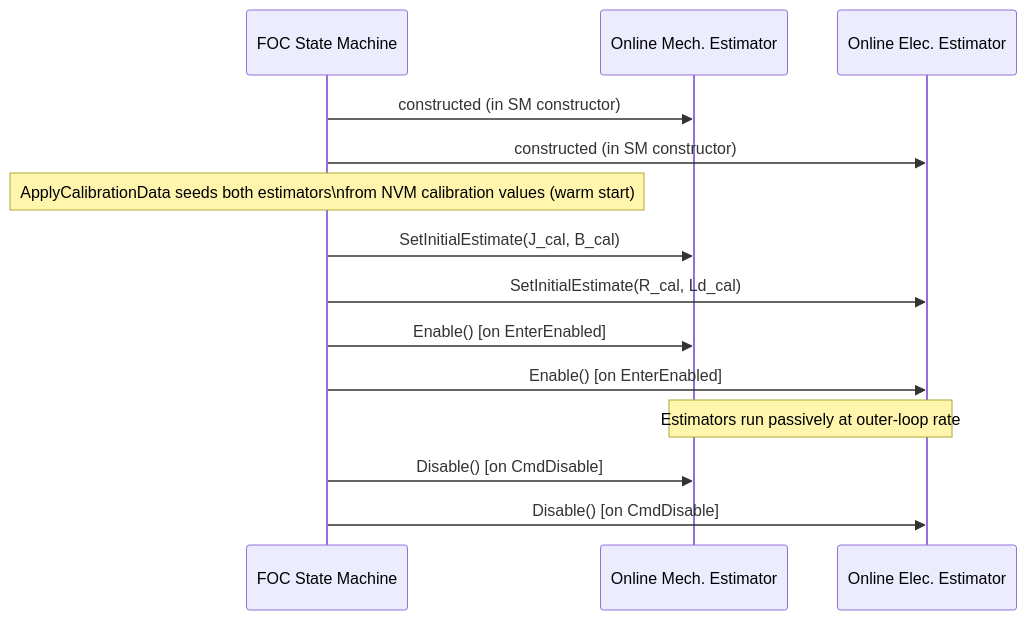
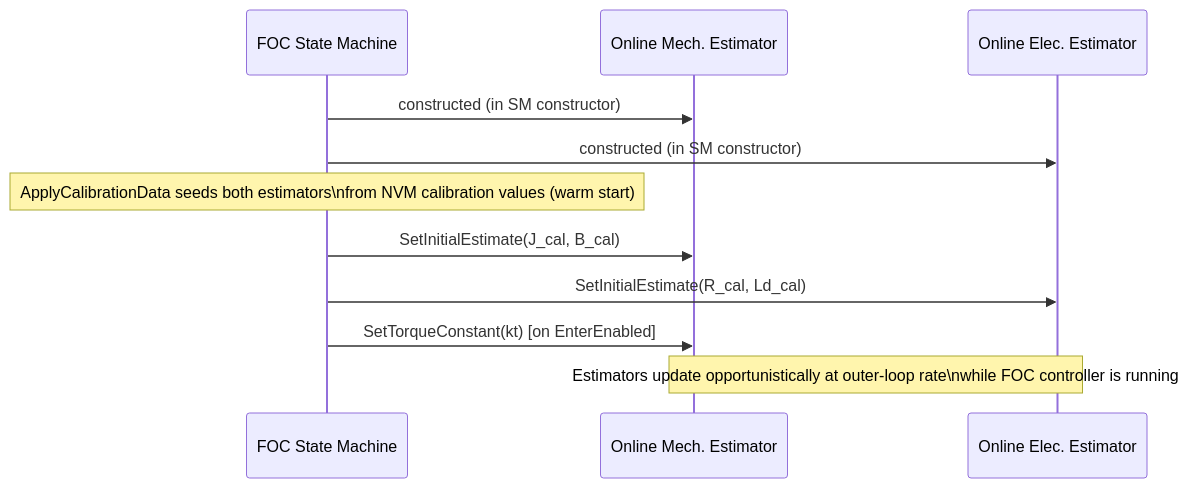
One commit to embedded-pro/e-foc changed the third of 3 diagrams in documentation/design/state-machine.md. Above: the diagram before and after it, drawn with Mermaid. The commit also changed other lines of this file and 9 other files, not shown here.

````diff
--- a/documentation/design/state-machine.md
+++ b/documentation/design/state-machine.md
@@ -160,19 +160,15 @@
 ```mermaid
 sequenceDiagram
     participant SM as FOC State Machine
     participant ME as Online Mech. Estimator
     participant EE as Online Elec. Estimator
 
     SM->>ME: constructed (in SM constructor)
     SM->>EE: constructed (in SM constructor)
     note over SM: ApplyCalibrationData seeds both estimators\nfrom NVM calibration values (warm start)
     SM->>ME: SetInitialEstimate(J_cal, B_cal)
     SM->>EE: SetInitialEstimate(R_cal, Ld_cal)
 
-    SM->>ME: Enable() [on EnterEnabled]
-    SM->>EE: Enable() [on EnterEnabled]
-    note over ME,EE: Estimators run passively at outer-loop rate
-
-    SM->>ME: Disable() [on CmdDisable]
-    SM->>EE: Disable() [on CmdDisable]
+    SM->>ME: SetTorqueConstant(kt) [on EnterEnabled]
+    note over ME,EE: Estimators update opportunistically at outer-loop rate\nwhile FOC controller is running
 ```
````
